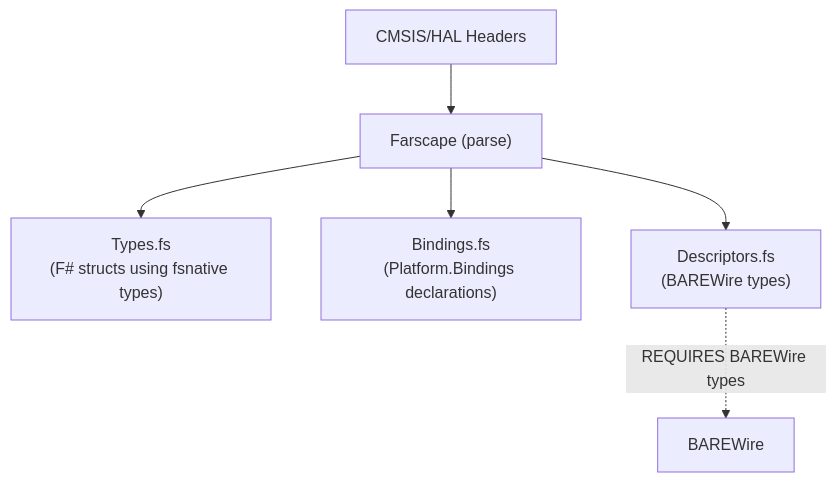
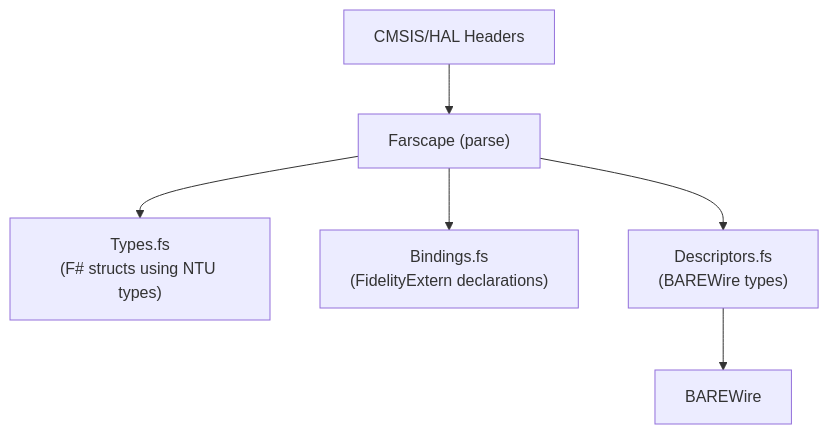
The diagram in docs/02_BAREWire_Integration.md (FidelityFramework/Farscape), drawn with Mermaid before and after one commit. The commit also changed other lines of this file and 10 other files, not shown here.

Commit message:
corrected docs/roadmap

````diff
--- a/docs/02_BAREWire_Integration.md
+++ b/docs/02_BAREWire_Integration.md
@@ -13,8 +11,8 @@
 ```mermaid
 flowchart TD
     A["CMSIS/HAL Headers"] --> B["Farscape (parse)"]
-    B --> C["Types.fs<br/>(F# structs using fsnative types)"]
-    B --> D["Bindings.fs<br/>(Platform.Bindings declarations)"]
+    B --> C["Types.fs<br/>(F# structs using NTU types)"]
+    B --> D["Bindings.fs<br/>(FidelityExtern declarations)"]
     B --> E["Descriptors.fs<br/>(BAREWire types)"]
-    E -. "REQUIRES BAREWire types" .-> F["BAREWire"]
+    E --> F["BAREWire"]
 ```
````
